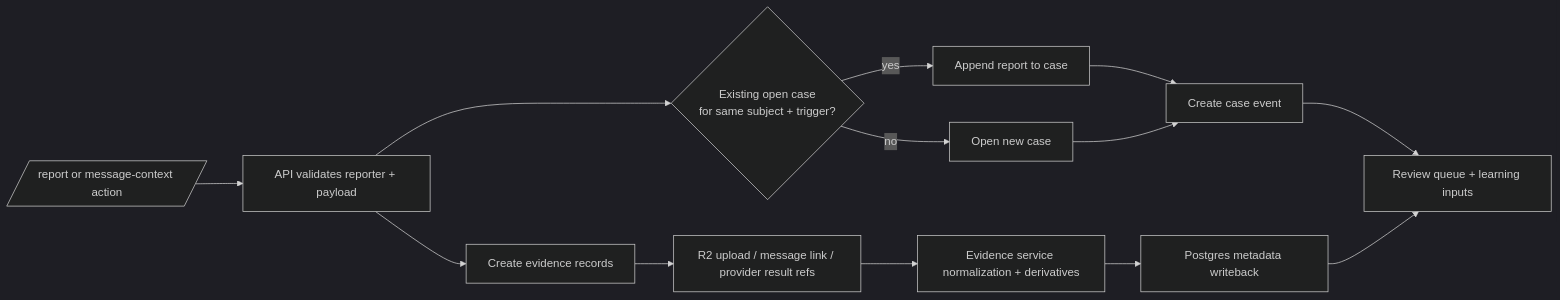
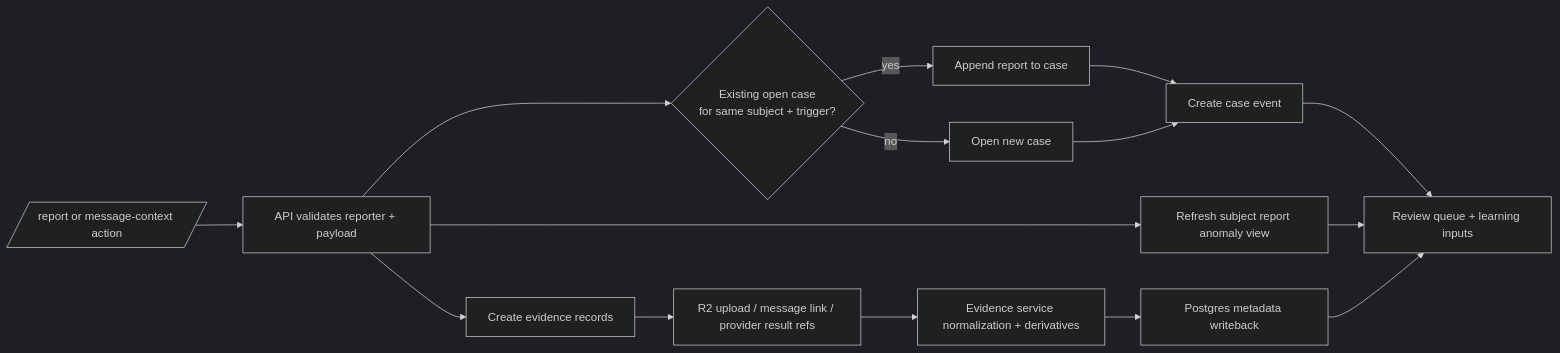
The second of 2 diagrams in docs/cases-and-reports.md (Yeusepe/humanify), drawn with Mermaid (dark theme) before and after one commit. The commit also changed other lines of this file and 13 other files, not shown here.

````diff
--- a/docs/cases-and-reports.md
+++ b/docs/cases-and-reports.md
@@ -75,15 +75,17 @@
 ```mermaid
 flowchart LR
   A[/report or message-context action/] --> B[API validates reporter + payload]
   B --> C{Existing open case<br/>for same subject + trigger?}
   C -->|yes| D[Append report to case]
   C -->|no| E[Open new case]
+  B --> B2[Refresh subject report anomaly view]
   D --> F[Create case event]
   E --> F
   B --> G[Create evidence records]
   G --> H[R2 upload / message link / provider result refs]
   H --> I[Evidence service normalization + derivatives]
   I --> J[Postgres metadata writeback]
   F --> K[Review queue + learning inputs]
+  B2 --> K
   J --> K
 ```
````
